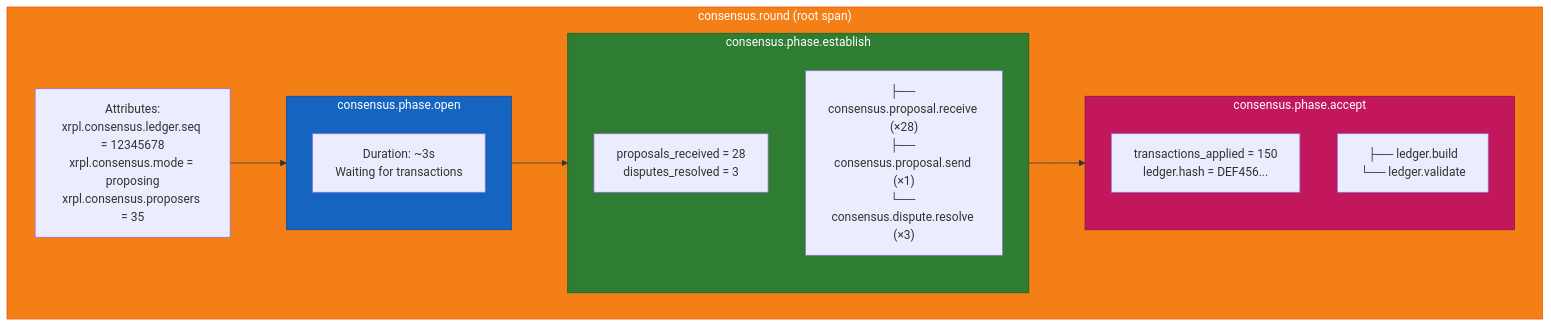
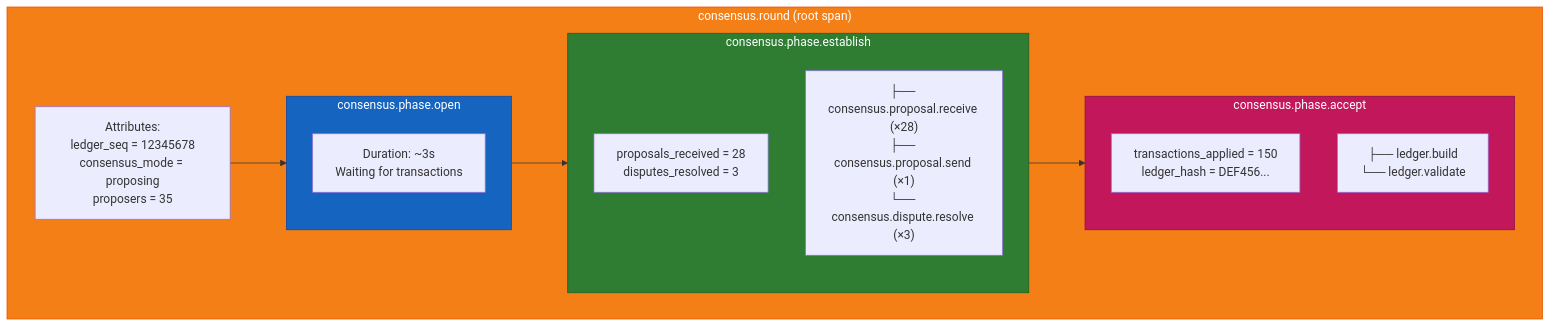
The third of 6 diagrams in OpenTelemetryPlan/01-architecture-analysis.md (XRPLF/rippled), drawn with Mermaid before and after one commit. The commit also changed other lines of this file and 9 other files, not shown here.

````diff
--- a/OpenTelemetryPlan/01-architecture-analysis.md
+++ b/OpenTelemetryPlan/01-architecture-analysis.md
@@ -199,29 +199,29 @@
 ```mermaid
 flowchart TB
     subgraph round["consensus.round (root span)"]
-        attrs["Attributes:<br/>xrpl.consensus.ledger.seq = 12345678<br/>xrpl.consensus.mode = proposing<br/>xrpl.consensus.proposers = 35"]
+        attrs["Attributes:<br/>ledger_seq = 12345678<br/>consensus_mode = proposing<br/>proposers = 35"]
 
         subgraph open["consensus.phase.open"]
             open_desc["Duration: ~3s<br/>Waiting for transactions"]
         end
 
         subgraph establish["consensus.phase.establish"]
             est_attrs["proposals_received = 28<br/>disputes_resolved = 3"]
             est_children["├── consensus.proposal.receive (×28)<br/>├── consensus.proposal.send (×1)<br/>└── consensus.dispute.resolve (×3)"]
         end
 
         subgraph accept["consensus.phase.accept"]
-            acc_attrs["transactions_applied = 150<br/>ledger.hash = DEF456..."]
+            acc_attrs["transactions_applied = 150<br/>ledger_hash = DEF456..."]
             acc_children["├── ledger.build<br/>└── ledger.validate"]
         end
 
         attrs --> open
         open --> establish
         establish --> accept
     end
 
     style round fill:#f57f17,stroke:#e65100,color:#ffffff
     style open fill:#1565c0,stroke:#0d47a1,color:#ffffff
     style establish fill:#2e7d32,stroke:#1b5e20,color:#ffffff
     style accept fill:#c2185b,stroke:#880e4f,color:#ffffff
 ```
````
